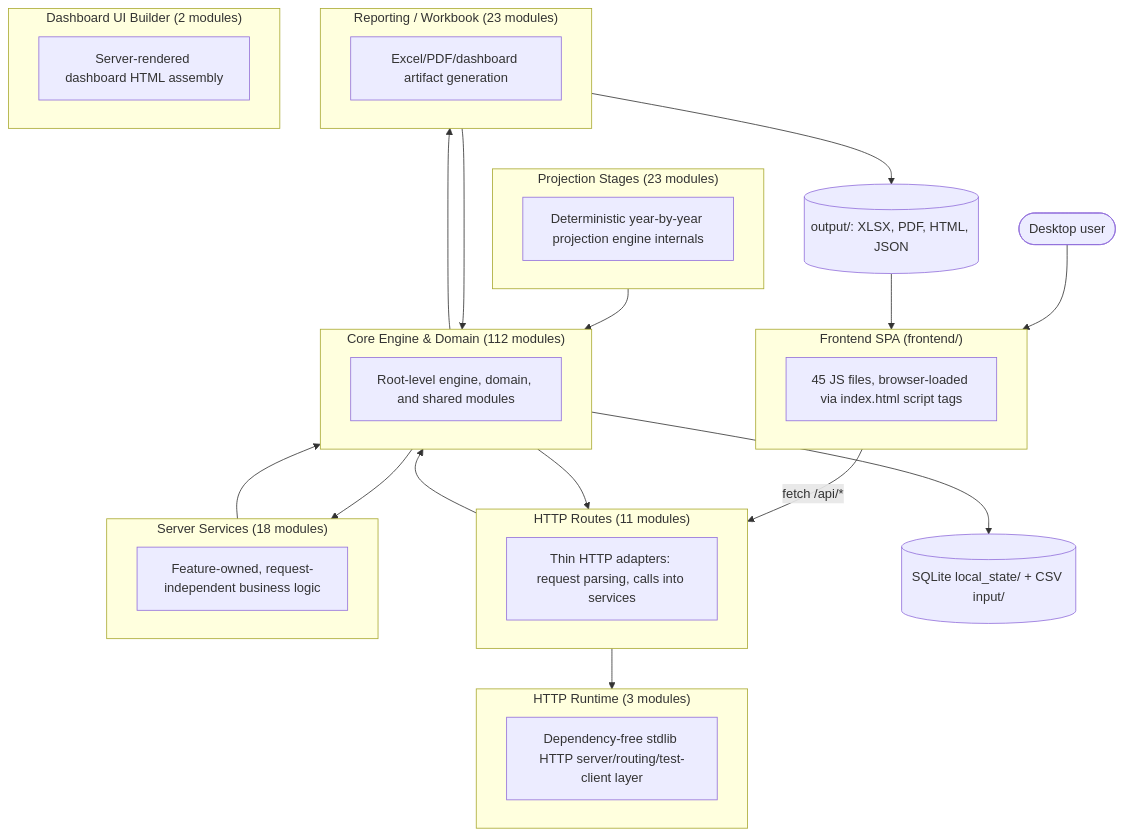
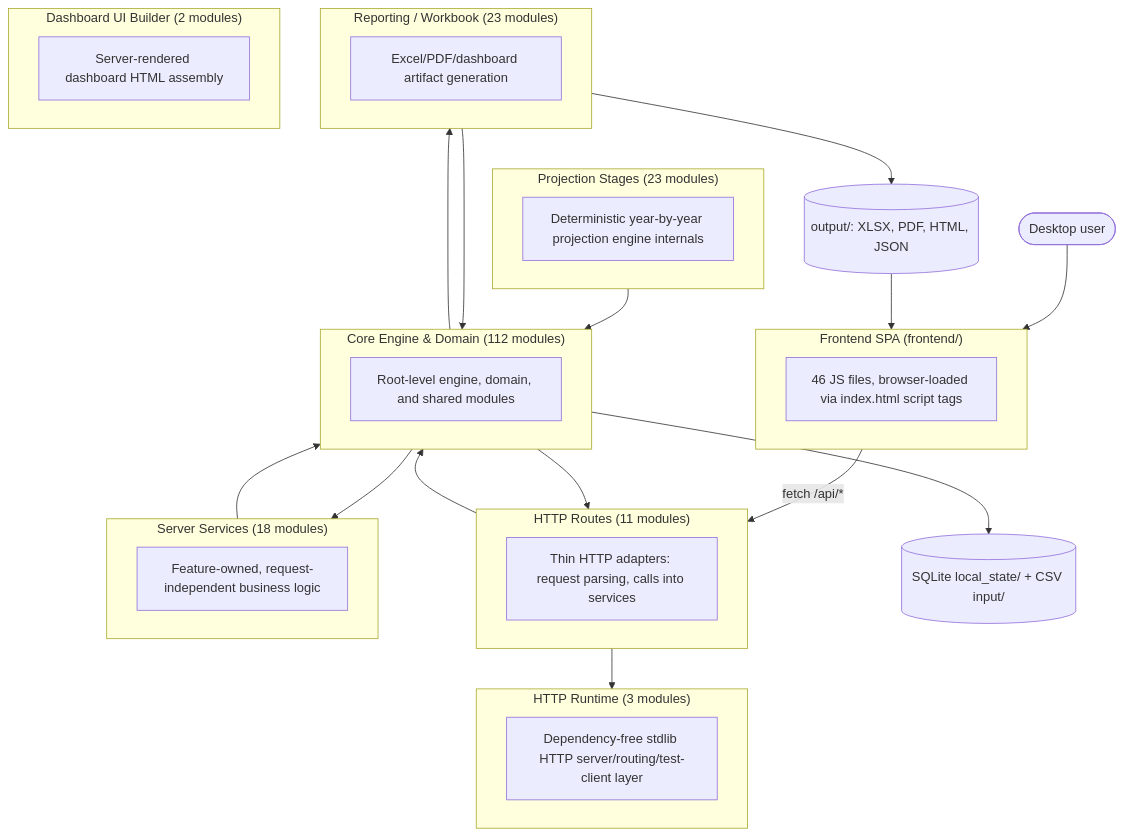
The first of 2 diagrams in documentation/reference/SYSTEM_ARCHITECTURE_DIAGRAM.md (matthartzman/retirement_system), drawn with Mermaid before and after one commit. The commit also changed other lines of this file and 5 other files, not shown here.

````diff
--- a/documentation/reference/SYSTEM_ARCHITECTURE_DIAGRAM.md
+++ b/documentation/reference/SYSTEM_ARCHITECTURE_DIAGRAM.md
@@ -11,40 +11,40 @@
 ```mermaid
 flowchart TB
     User(["Desktop user"]) --> FE
     subgraph FE["Frontend SPA (frontend/)"]
-        FEcount["45 JS files, browser-loaded via index.html script tags"]
+        FEcount["46 JS files, browser-loaded via index.html script tags"]
     end
     FE -->|fetch /api/*| L_HTTP_Routes
     subgraph L_HTTP_Routes["HTTP Routes (11 modules)"]
         L_HTTP_Routes_d["Thin HTTP adapters: request parsing, calls into services"]
     end
     subgraph L_Server_Services["Server Services (18 modules)"]
         L_Server_Services_d["Feature-owned, request-independent business logic"]
     end
     subgraph L_HTTP_Runtime["HTTP Runtime (3 modules)"]
         L_HTTP_Runtime_d["Dependency-free stdlib HTTP server/routing/test-client layer"]
     end
     subgraph L_Core_Engine___Domain["Core Engine & Domain (112 modules)"]
         L_Core_Engine___Domain_d["Root-level engine, domain, and shared modules"]
     end
     subgraph L_Projection_Stages["Projection Stages (23 modules)"]
         L_Projection_Stages_d["Deterministic year-by-year projection engine internals"]
     end
     subgraph L_Reporting___Workbook["Reporting / Workbook (23 modules)"]
         L_Reporting___Workbook_d["Excel/PDF/dashboard artifact generation"]
     end
     subgraph L_Dashboard_UI_Builder["Dashboard UI Builder (2 modules)"]
         L_Dashboard_UI_Builder_d["Server-rendered dashboard HTML assembly"]
     end
     L_Core_Engine___Domain --> L_HTTP_Routes
     L_Core_Engine___Domain --> L_Reporting___Workbook
     L_Core_Engine___Domain --> L_Server_Services
     L_HTTP_Routes --> L_Core_Engine___Domain
     L_HTTP_Routes --> L_HTTP_Runtime
     L_Projection_Stages --> L_Core_Engine___Domain
     L_Reporting___Workbook --> L_Core_Engine___Domain
     L_Server_Services --> L_Core_Engine___Domain
     L_Core_Engine___Domain --> DB[("SQLite local_state/ + CSV input/")]
     L_Reporting___Workbook --> Outputs[("output/: XLSX, PDF, HTML, JSON")]
     Outputs --> FE
 ```
````
